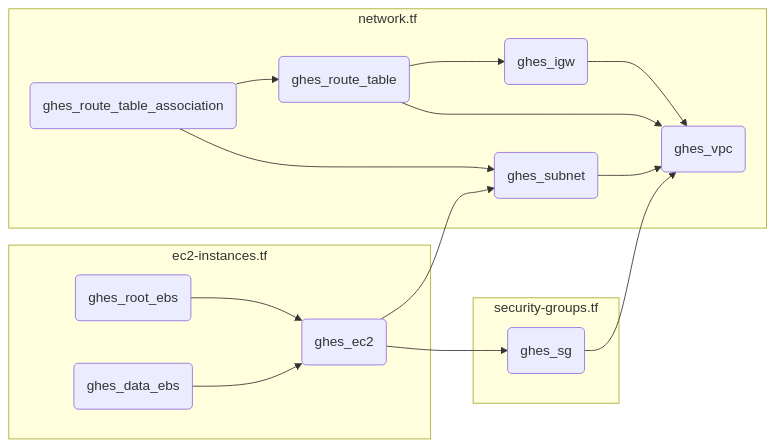
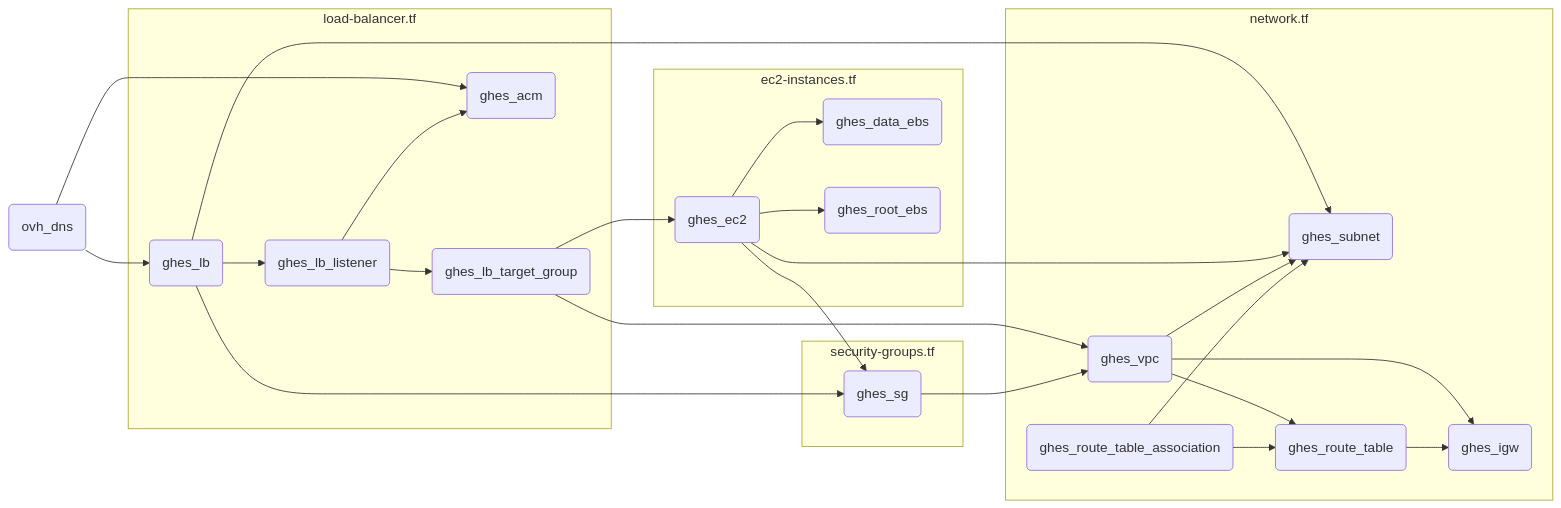
Before and after one commit to tdupoiron-org/terraform-ghes: the diagram in README.md, drawn with Mermaid. The commit also changed other lines of this file and 1 other file, not shown here.

Commit message:
Add VSCode extension for Mermaid preview and update README.md

````diff
--- a/README.md
+++ b/README.md
@@ -7,33 +7,51 @@
 ```mermaid
 flowchart LR
 vpc(ghes_vpc)
 subnet(ghes_subnet)
 internet_gateway(ghes_igw)
 route_table(ghes_route_table)
 route_table_association(ghes_route_table_association)
 security_group(ghes_sg)
 instance(ghes_ec2)
 volume_data(ghes_data_ebs)
 volume_root(ghes_root_ebs)
+alb(ghes_lb)
+alb_listener(ghes_lb_listener)
+alb_target_group(ghes_lb_target_group)
+acm(ghes_acm)
+ovh_dns(ovh_dns)
 
 subgraph "network.tf"
-internet_gateway-->vpc
-route_table-->vpc
 route_table-->internet_gateway
 route_table_association-->subnet
 route_table_association-->route_table
-subnet-->vpc
+vpc-->internet_gateway
+vpc-->route_table
+vpc-->subnet
 end
 
 subgraph "security-groups.tf"
 security_group-->vpc
 end
 
 subgraph "ec2-instances.tf"
 instance-->subnet
 instance-->security_group
-volume_root-->instance
-volume_data-->instance
+instance-->volume_root
+instance-->volume_data
 end
 
+subgraph "load-balancer.tf"
+alb-->subnet
+alb-->security_group
+alb-->alb_listener
+alb_listener-->acm
+alb_listener-->alb_target_group
+alb_target_group-->vpc
+alb_target_group-->instance
+end
+
+ovh_dns-->alb
+ovh_dns-->acm
+
 ```
````
